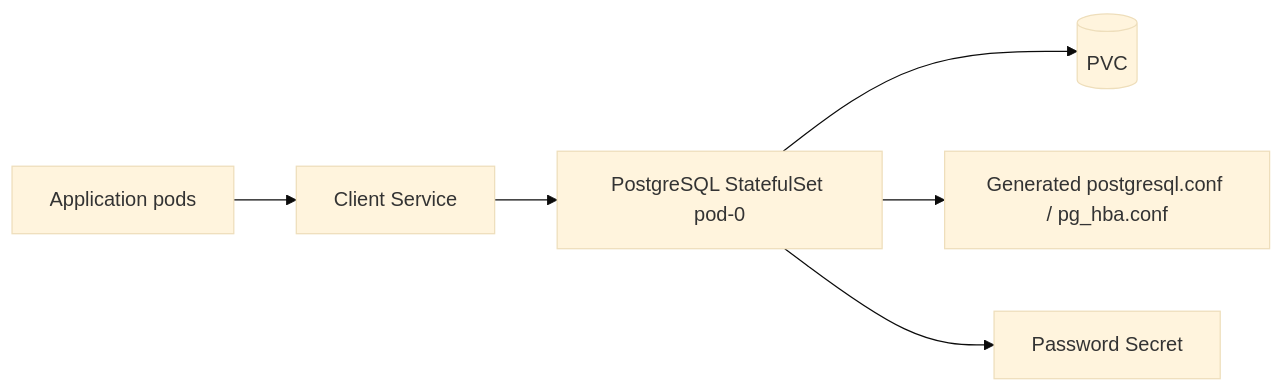
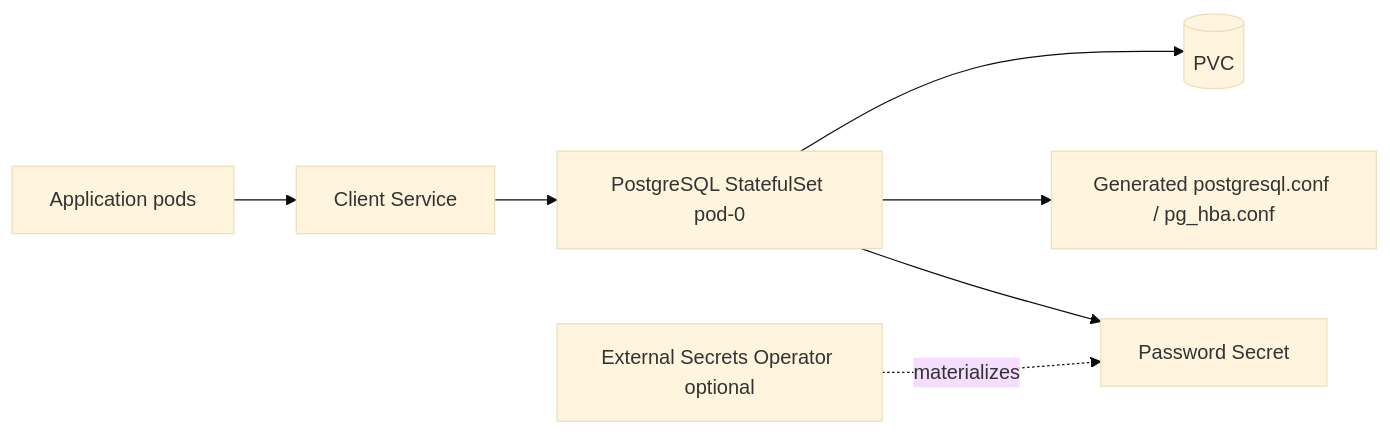
Before and after one commit to helmforgedev/charts: the first of 3 diagrams in charts/postgresql/DESIGN.md, drawn with Mermaid (base theme). The commit also changed other lines of this file and 14 other files, not shown here.

First line of the commit message:
feat(postgresql): add optional external secrets support

````diff
--- a/charts/postgresql/DESIGN.md
+++ b/charts/postgresql/DESIGN.md
@@ -16,8 +16,9 @@
 ```mermaid
 flowchart LR
   app[Application pods] --> svc[Client Service]
   svc --> pg[PostgreSQL StatefulSet pod-0]
   pg --> pvc[(PVC)]
   pg --> cfg[Generated postgresql.conf / pg_hba.conf]
   pg --> secret[Password Secret]
+  eso[External Secrets Operator optional] -. materializes .-> secret
 ```
````
